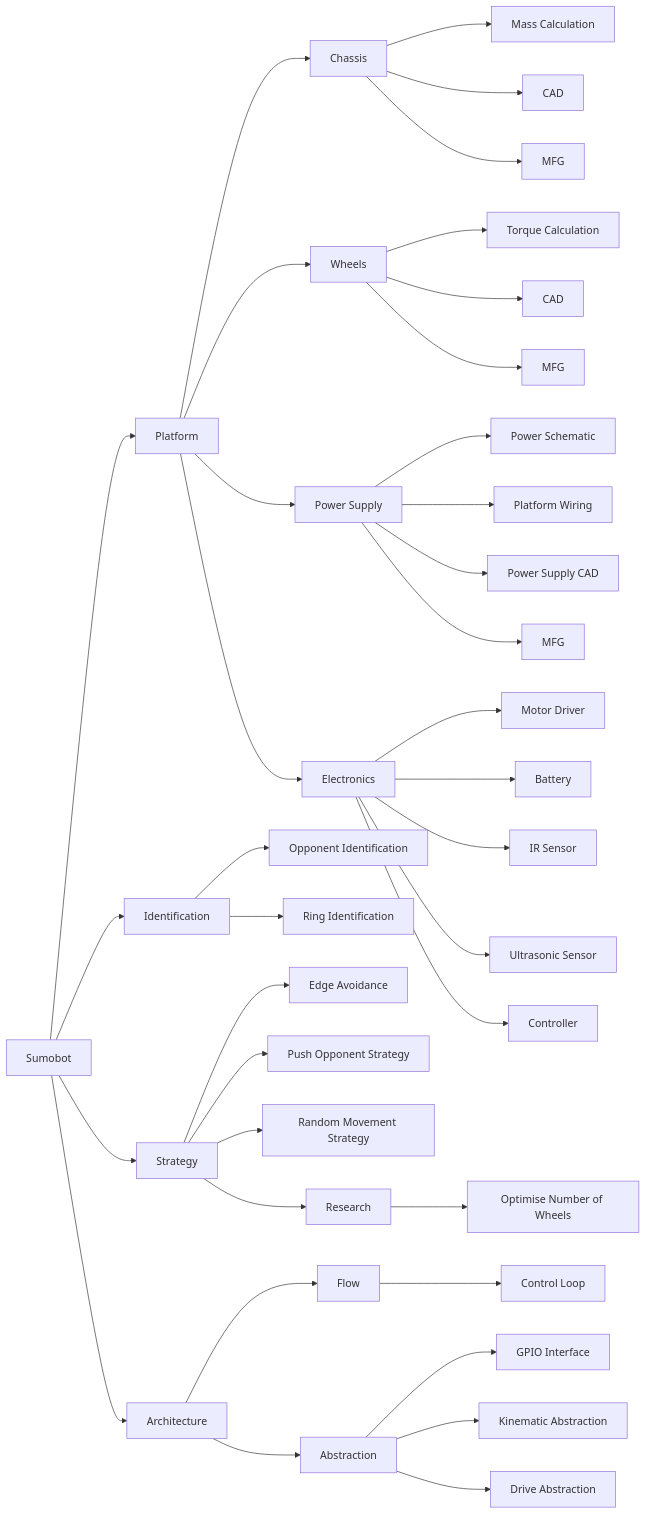
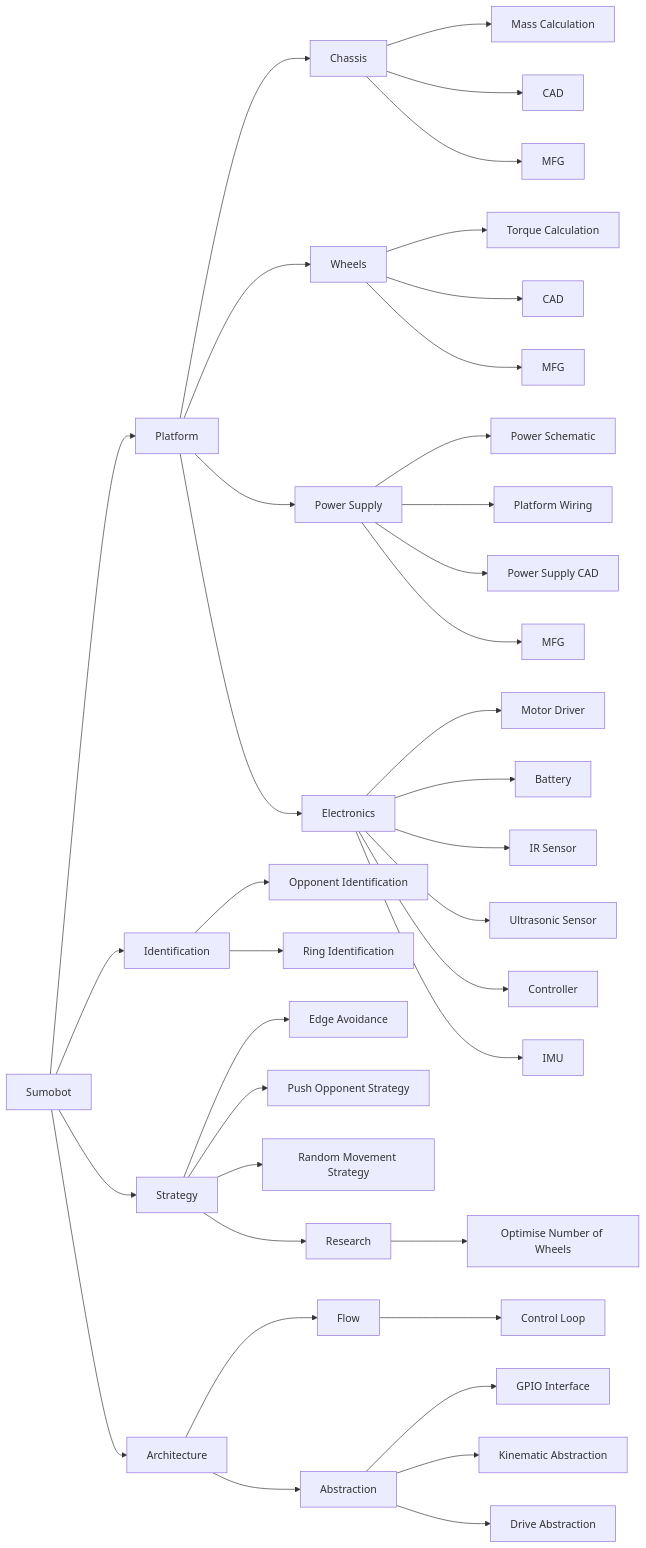
One commit to dennuguyen/sumoltaneous-equations changed the diagram in README.md. Above: the diagram before and after it, drawn with Mermaid. The commit also changed other lines of this file, not shown here.

````diff
--- a/README.md
+++ b/README.md
@@ -17,49 +17,50 @@
 ```mermaid
 graph LR
     Sumobot
     Sumobot --> Platform
     Sumobot --> Identification
     Sumobot --> Strategy
     Sumobot --> Architecture
 
     Identification --> opp[Opponent Identification]
     Identification --> ring[Ring Identification]
 
     Architecture --> Flow
     Flow --> control_loop[Control Loop]
 
     Architecture --> Abstraction
     Abstraction --> gpio_interface[GPIO Interface]
     Abstraction --> kinematic_abstraction[Kinematic Abstraction]
     Abstraction --> drive_abstraction[Drive Abstraction]
 
     Strategy --> avoidance[Edge Avoidance]
     Strategy --> push[Push Opponent Strategy]
     Strategy --> random[Random Movement Strategy]
 
     Strategy --> strategy_research[Research]
     strategy_research --> number_wheels[Optimise Number of Wheels]
 
     Platform --> Chassis
     Chassis --> chassis_mass[Mass Calculation]
     Chassis --> chassis_cad[CAD]
     Chassis --> chassis_mfg[MFG]
 
     Platform --> Wheels
     Wheels --> wheel_torque[Torque Calculation]
     Wheels --> wheels_cad[CAD]
     Wheels --> wheels_mfg[MFG]
 
     Platform --> power[Power Supply]
     power --> power_schematic[Power Schematic]
     power --> Wiring[Platform Wiring]
     power --> power_cad[Power Supply CAD]
     power --> mfg_power[MFG]
 
     Platform --> Electronics
     Electronics --> motor_driver[Motor Driver]
     Electronics --> battery[Battery]
     Electronics --> ir_sensor[IR Sensor]
     Electronics --> ultrasonic_sensor[Ultrasonic Sensor]
     Electronics --> arduino[Controller]
+    Electronics --> imu[IMU]
 ```
````
